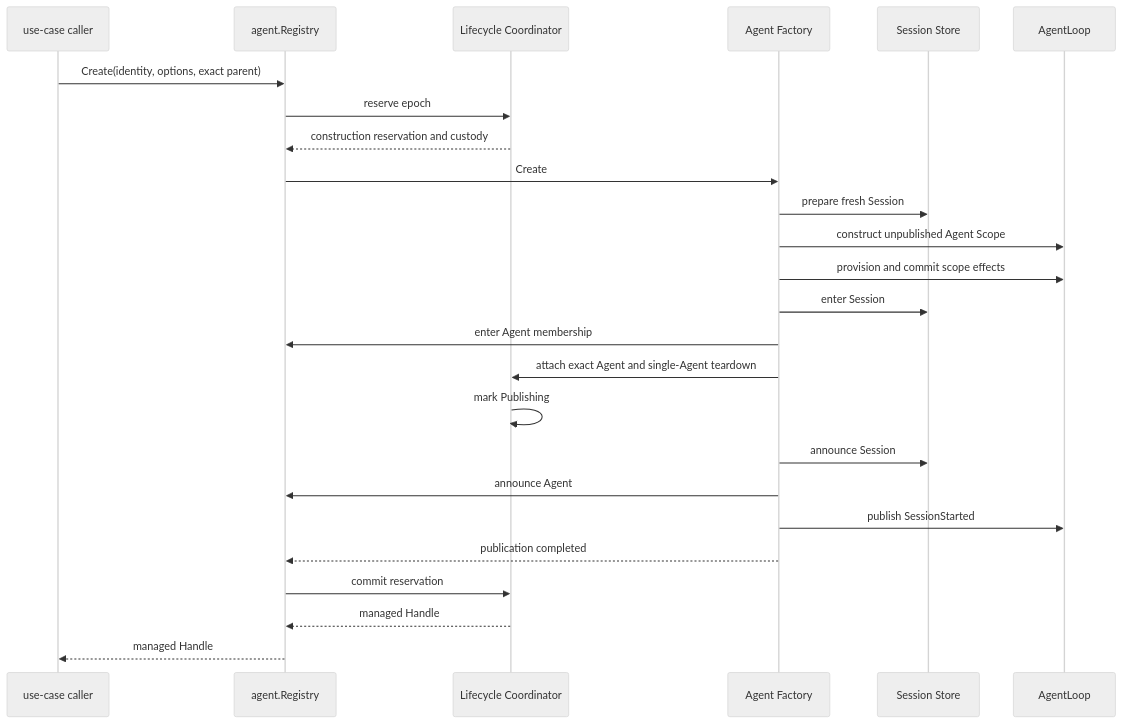
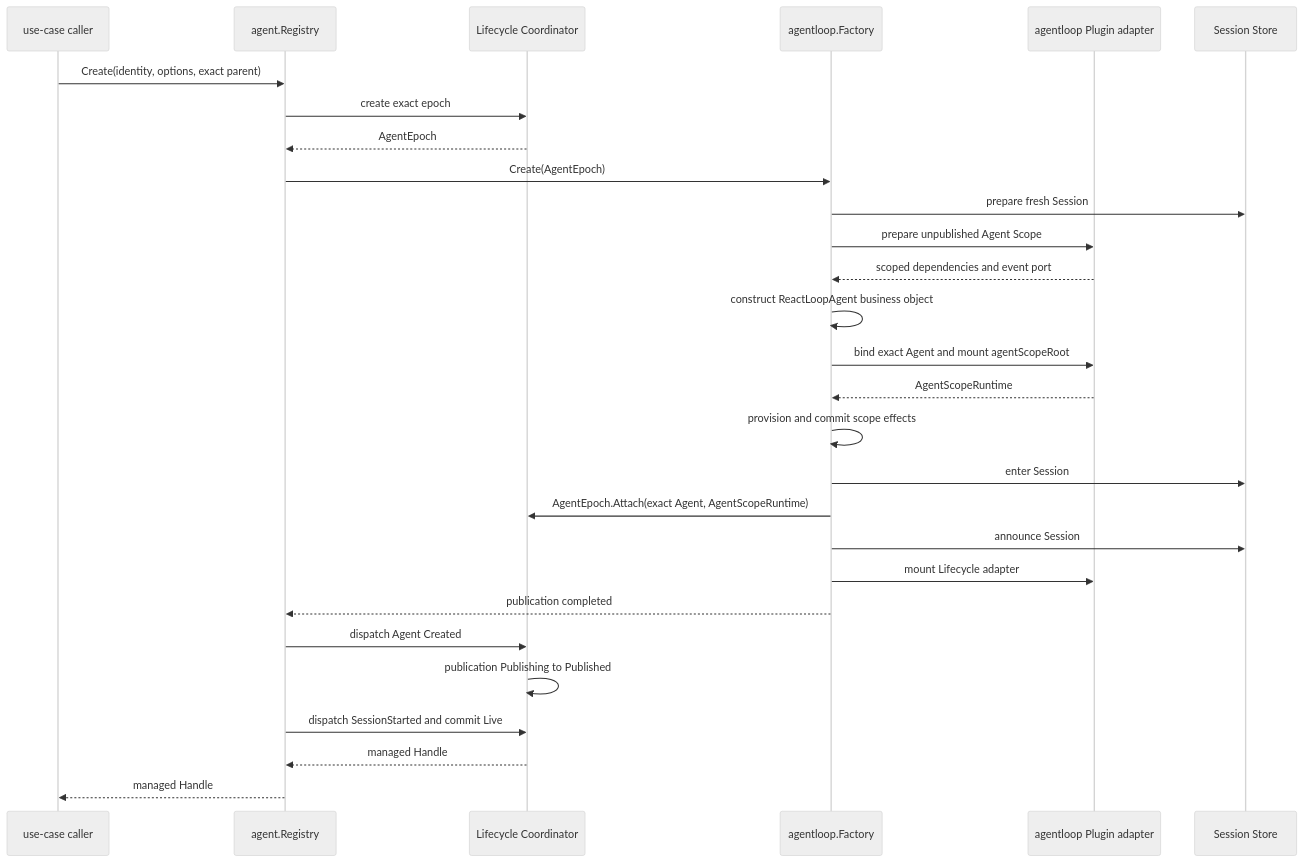
The diagram in zh-CN/Agent构造事务与调用流程设计.md (gorenx/goren), drawn with Mermaid (neutral theme) before and after one commit. The commit also changed other lines of this file and 14 other files, not shown here.

Commit message:
docs(agent): finalize lifecycle refactor design

````diff
--- a/zh-CN/Agent构造事务与调用流程设计.md
+++ b/zh-CN/Agent构造事务与调用流程设计.md
@@ -119,28 +133,31 @@
 ```mermaid
 sequenceDiagram
     participant U as use-case caller
     participant R as agent.Registry
     participant C as Lifecycle Coordinator
-    participant F as Agent Factory
+    participant F as agentloop.Factory
+    participant H as agentloop Plugin adapter
     participant S as Session Store
-    participant L as AgentLoop
 
     U->>R: Create(identity, options, exact parent)
-    R->>C: reserve epoch
-    C-->>R: construction reservation and custody
-    R->>F: Create
+    R->>C: create exact epoch
+    C-->>R: AgentEpoch
+    R->>F: Create(AgentEpoch)
     F->>S: prepare fresh Session
-    F->>L: construct unpublished Agent Scope
-    F->>L: provision and commit scope effects
+    F->>H: prepare unpublished Agent Scope
+    H-->>F: scoped dependencies and event port
+    F->>F: construct ReactLoopAgent business object
+    F->>H: bind exact Agent and mount agentScopeRoot
+    H-->>F: AgentScopeRuntime
+    F->>F: provision and commit scope effects
     F->>S: enter Session
-    F->>R: enter Agent membership
-    F->>C: attach exact Agent and single-Agent teardown
-    C->>C: mark Publishing
+    F->>C: AgentEpoch.Attach(exact Agent, AgentScopeRuntime)
     F->>S: announce Session
-    F->>R: announce Agent
-    F->>L: publish SessionStarted
+    F->>H: mount Lifecycle adapter
     F-->>R: publication completed
-    R->>C: commit reservation
+    R->>C: dispatch Agent Created
+    C->>C: publication Publishing to Published
+    R->>C: dispatch SessionStarted and commit Live
     C-->>R: managed Handle
     R-->>U: managed Handle
 ```
````
